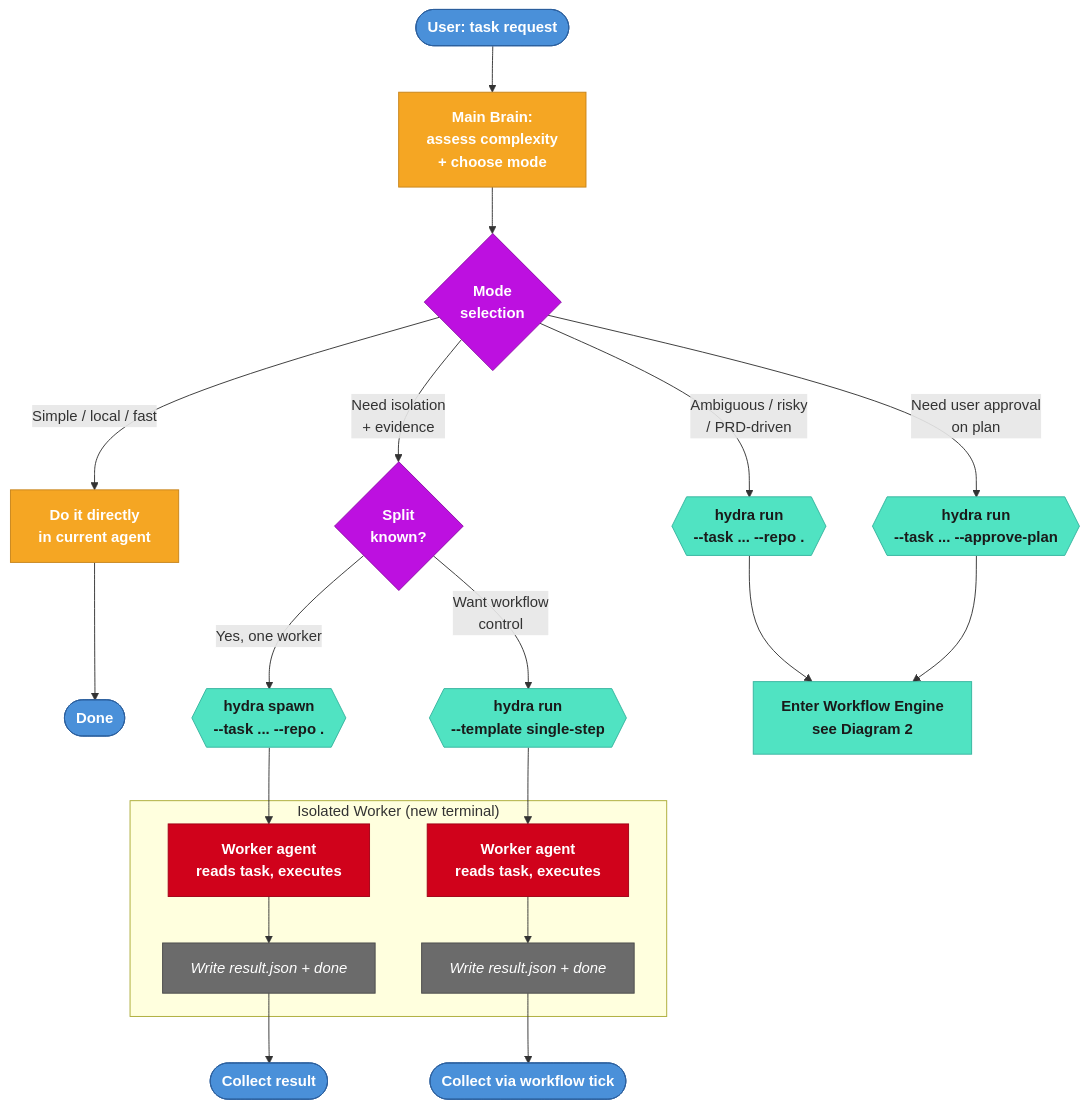
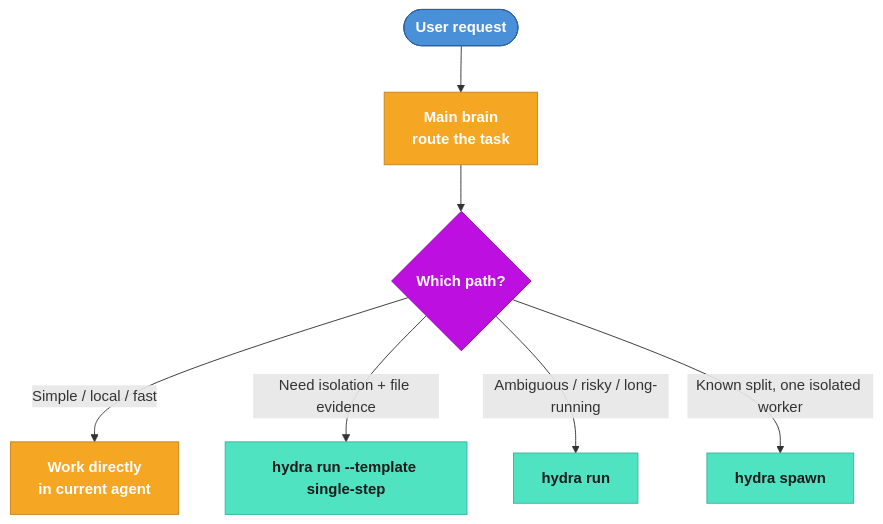
The first of 4 diagrams in docs/hydra-panorama-flow.md (blueberrycongee/termcanvas), drawn with Mermaid before and after one commit. The commit also changed other lines of this file and 9 other files, not shown here.

Commit message:
docs(hydra): align guides with assignment run semantics

````diff
--- a/docs/hydra-panorama-flow.md
+++ b/docs/hydra-panorama-flow.md
@@ -5,58 +5,14 @@
 ```mermaid
 flowchart TD
     classDef user fill:#4a90d9,stroke:#2c5f9e,color:#fff,font-weight:bold
     classDef brain fill:#f5a623,stroke:#c7841a,color:#fff,font-weight:bold
     classDef hydra fill:#50e3c2,stroke:#36b49f,color:#1a1a1a,font-weight:bold
     classDef decision fill:#bd10e0,stroke:#8b0ca6,color:#fff,font-weight:bold
-    classDef terminal fill:#d0021b,stroke:#a00116,color:#fff,font-weight:bold
-    classDef file fill:#6b6b6b,stroke:#4a4a4a,color:#fff,font-style:italic
-    classDef state fill:#f8e71c,stroke:#c5b800,color:#1a1a1a,font-weight:bold
 
-    USER([User: task request]):::user
-    USER --> BRAIN
-
-    BRAIN[Main Brain:\nassess complexity\n+ choose mode]:::brain
-    BRAIN --> MODE
-
-    MODE{Mode\nselection}:::decision
-
-    MODE -- "Simple / local / fast" --> DIRECT
-    MODE -- "Need isolation\n+ evidence" --> SPAWN_OR_SINGLE
-    MODE -- "Ambiguous / risky\n/ PRD-driven" --> WORKFLOW
-    MODE -- "Need user approval\non plan" --> WORKFLOW_APPROVE
-
-    %% ── Mode 0: Direct ──
-    DIRECT[Do it directly\nin current agent]:::brain
-    DIRECT --> DONE_DIRECT([Done]):::user
-
-    %% ── Mode 1: Spawn / Single-Step ──
-    SPAWN_OR_SINGLE{Split\nknown?}:::decision
-    SPAWN_OR_SINGLE -- "Yes, one worker" --> SPAWN
-    SPAWN_OR_SINGLE -- "Want workflow\ncontrol" --> SINGLE
-
-    SPAWN{{hydra spawn\n--task ... --repo .}}:::hydra
-    SPAWN --> WORKER_SPAWN
-
-    SINGLE{{hydra run\n--template single-step}}:::hydra
-    SINGLE --> WORKER_SINGLE
-
-    subgraph ISOLATED_WORKER ["Isolated Worker (new terminal)"]
-        WORKER_SPAWN[Worker agent\nreads task, executes]:::terminal
-        WORKER_SINGLE[Worker agent\nreads task, executes]:::terminal
-        WORKER_SPAWN --> CONTRACT_S[Write result.json + done]:::file
-        WORKER_SINGLE --> CONTRACT_SS[Write result.json + done]:::file
-    end
-
-    CONTRACT_S --> DONE_SPAWN([Collect result]):::user
-    CONTRACT_SS --> DONE_SS([Collect via workflow tick]):::user
-
-    %% ── Mode 2: Full 3-Stage Workflow ──
-    WORKFLOW{{hydra run\n--task ... --repo .}}:::hydra
-    WORKFLOW --> WF_ENGINE
-
-    %% ── Mode 3: Approve-Plan Workflow ──
-    WORKFLOW_APPROVE{{hydra run\n--task ... --approve-plan}}:::hydra
-    WORKFLOW_APPROVE --> WF_ENGINE
-
-    WF_ENGINE[Enter Workflow Engine\nsee Diagram 2]:::hydra
+    USER([User request]):::user --> BRAIN["Main brain<br/>route the task"]:::brain
+    BRAIN --> MODE{Which path?}:::decision
+    MODE -- "Simple / local / fast" --> DIRECT["Work directly<br/>in current agent"]:::brain
+    MODE -- "Need isolation + file evidence" --> SINGLE["hydra run --template single-step"]:::hydra
+    MODE -- "Ambiguous / risky / long-running" --> WF["hydra run"]:::hydra
+    MODE -- "Known split, one isolated worker" --> SPAWN["hydra spawn"]:::hydra
 ```
````
